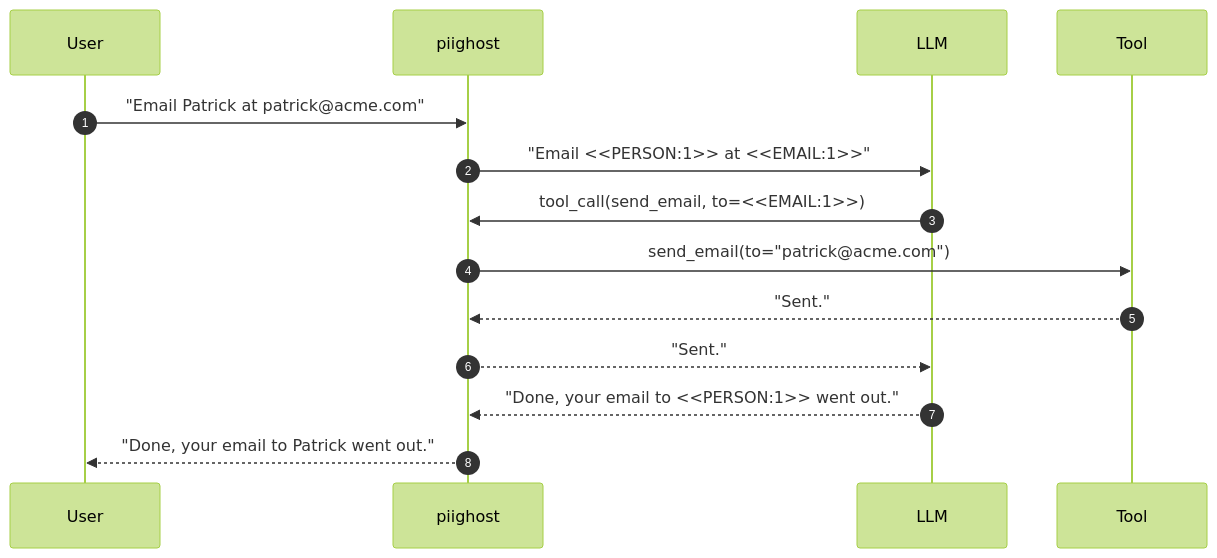
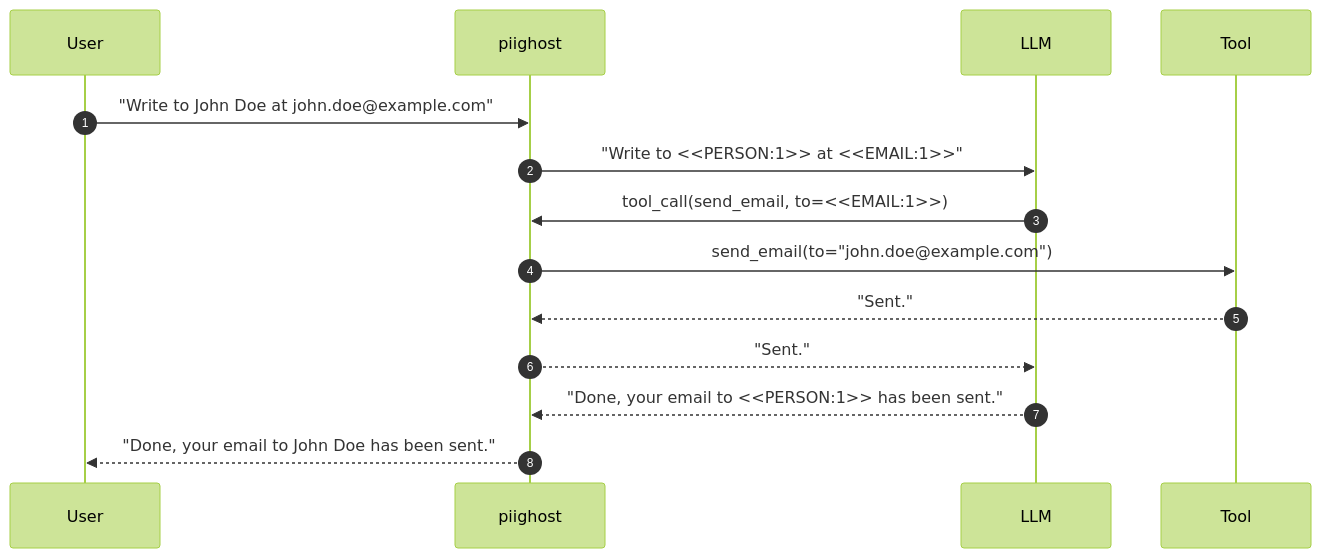
The diagram in README.md (Athroniaeth/piighost), drawn with Mermaid (forest theme) before and after one commit. The commit also changed other lines of this file and 13 other files, not shown here.

````diff
--- a/README.md
+++ b/README.md
@@ -15,17 +20,17 @@
 ```mermaid
 sequenceDiagram
     autonumber
     participant U as User
     participant M as piighost
     participant L as LLM
     participant T as Tool
 
-    U->>M: "Email Patrick at patrick@acme.com"
-    M->>L: "Email <<PERSON:1>> at <<EMAIL:1>>"
+    U->>M: "Write to John Doe at john.doe@example.com"
+    M->>L: "Write to <<PERSON:1>> at <<EMAIL:1>>"
     L->>M: tool_call(send_email, to=<<EMAIL:1>>)
-    M->>T: send_email(to="patrick@acme.com")
+    M->>T: send_email(to="john.doe@example.com")
     T-->>M: "Sent."
     M-->>L: "Sent."
-    L-->>M: "Done, your email to <<PERSON:1>> went out."
-    M-->>U: "Done, your email to Patrick went out."
+    L-->>M: "Done, your email to <<PERSON:1>> has been sent."
+    M-->>U: "Done, your email to John Doe has been sent."
 ```
````
